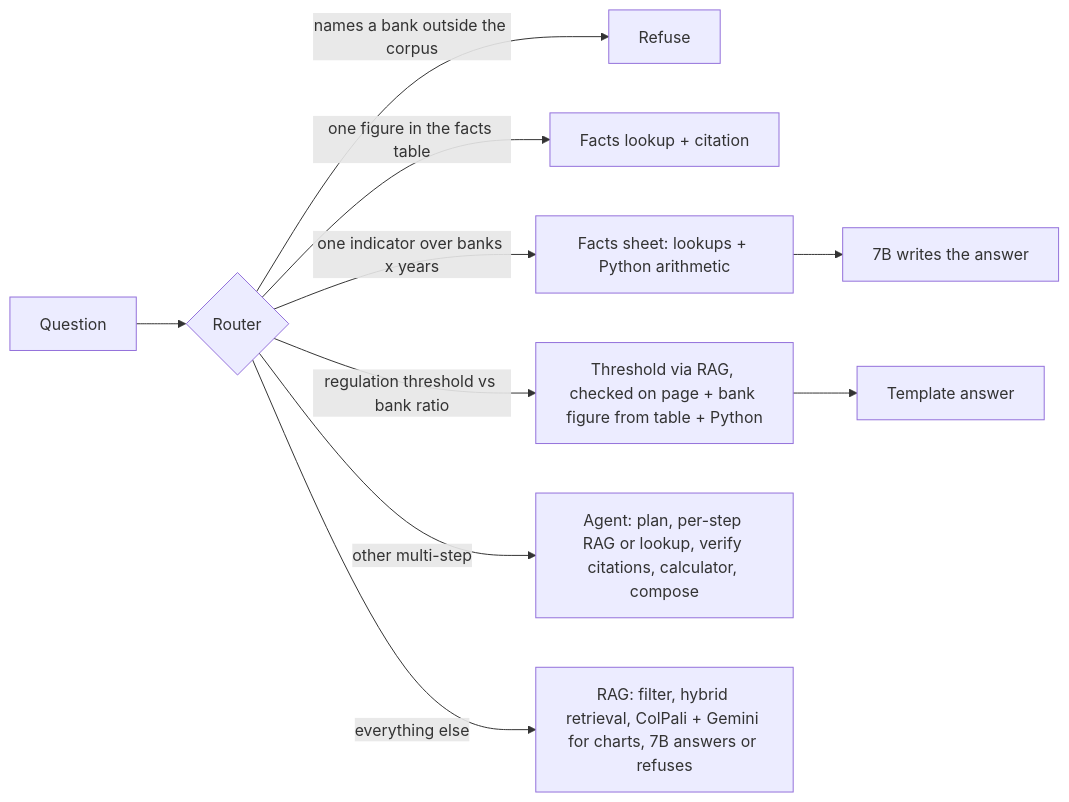
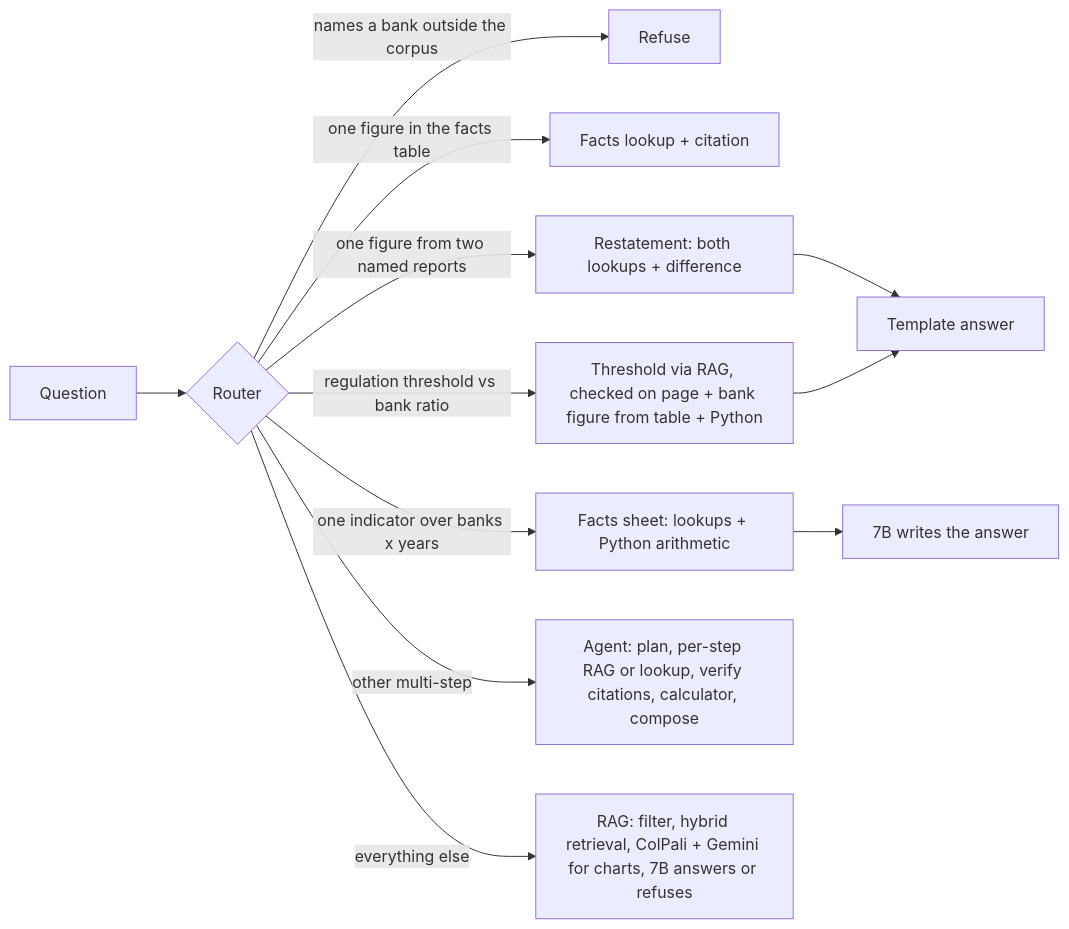
Before and after one commit to archiesinaga/telaah: the diagram in README.md, drawn with Mermaid. The commit also changed other lines of this file and 1 other file, not shown here.

````diff
--- a/README.md
+++ b/README.md
@@ -97,10 +100,11 @@
 ```mermaid
 flowchart LR
     Q[Question] --> RT{Router}
     RT -- names a bank outside the corpus --> X[Refuse]
     RT -- one figure in the facts table --> FT[Facts lookup + citation]
+    RT -- one figure from two named reports --> RS[Restatement: both lookups + difference] --> TP
     RT -- one indicator over banks x years --> SH[Facts sheet: lookups + Python arithmetic] --> W[7B writes the answer]
     RT -- regulation threshold vs bank ratio --> RG[Threshold via RAG, checked on page + bank figure from table + Python] --> TP[Template answer]
     RT -- other multi-step --> AG[Agent: plan, per-step RAG or lookup, verify citations, calculator, compose]
     RT -- everything else --> RAG[RAG: filter, hybrid retrieval, ColPali + Gemini for charts, 7B answers or refuses]
 ```
````
